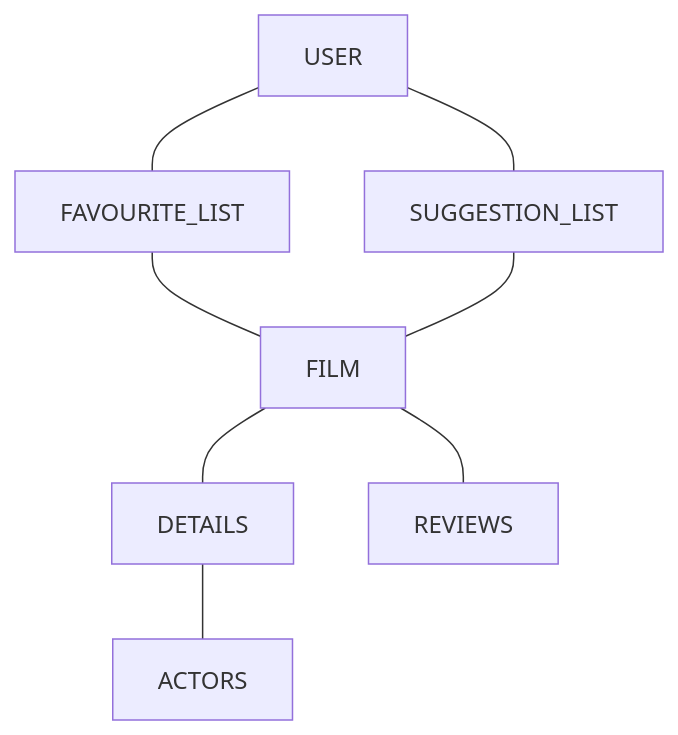
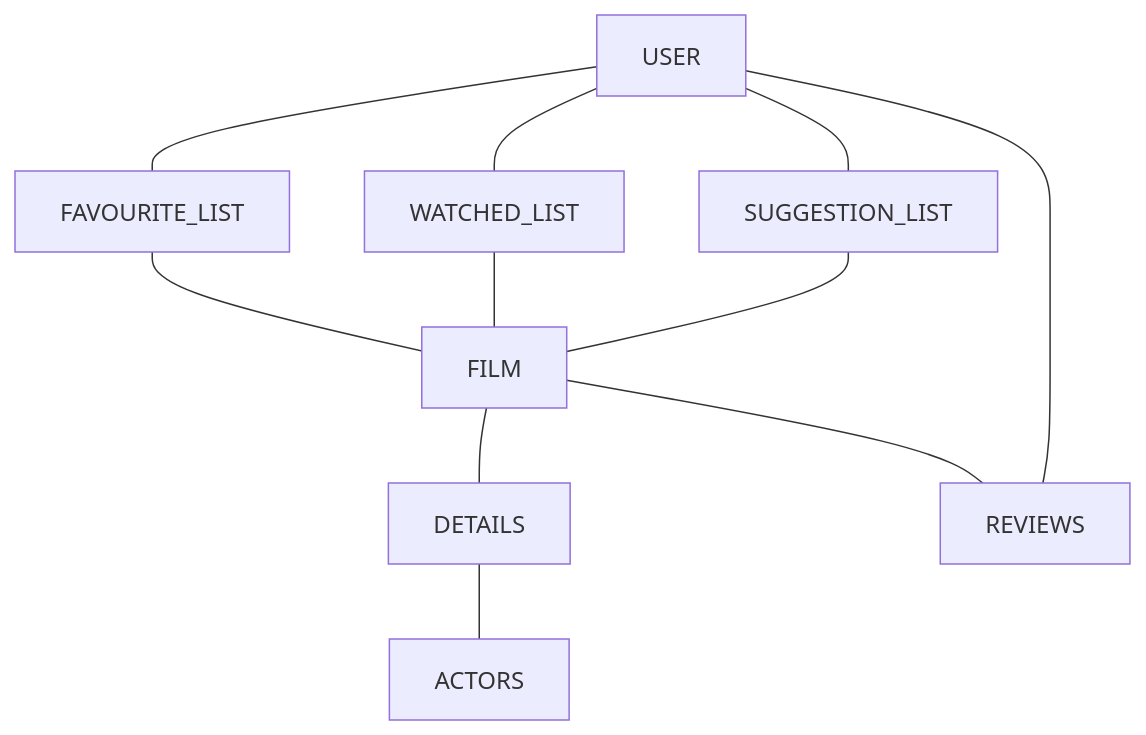
Before and after one commit to Niall96/HeresAFilm: the first of 2 diagrams in README.md, drawn with Mermaid. The commit also changed other lines of this file, not shown here.

````diff
--- a/README.md
+++ b/README.md
@@ -29,10 +29,13 @@
 ```mermaid
 flowchart 
  USER --- FAVOURITE_LIST
  USER --- SUGGESTION_LIST
+ USER --- WATCHED_LIST
  FAVOURITE_LIST --- FILM
+ WATCHED_LIST --- FILM
  SUGGESTION_LIST --- FILM
  FILM --- DETAILS 
- FILM --- REVIEWS 
+ FILM --- REVIEWS
  DETAILS --- ACTORS
+ USER --- REVIEWS
 ```
````
